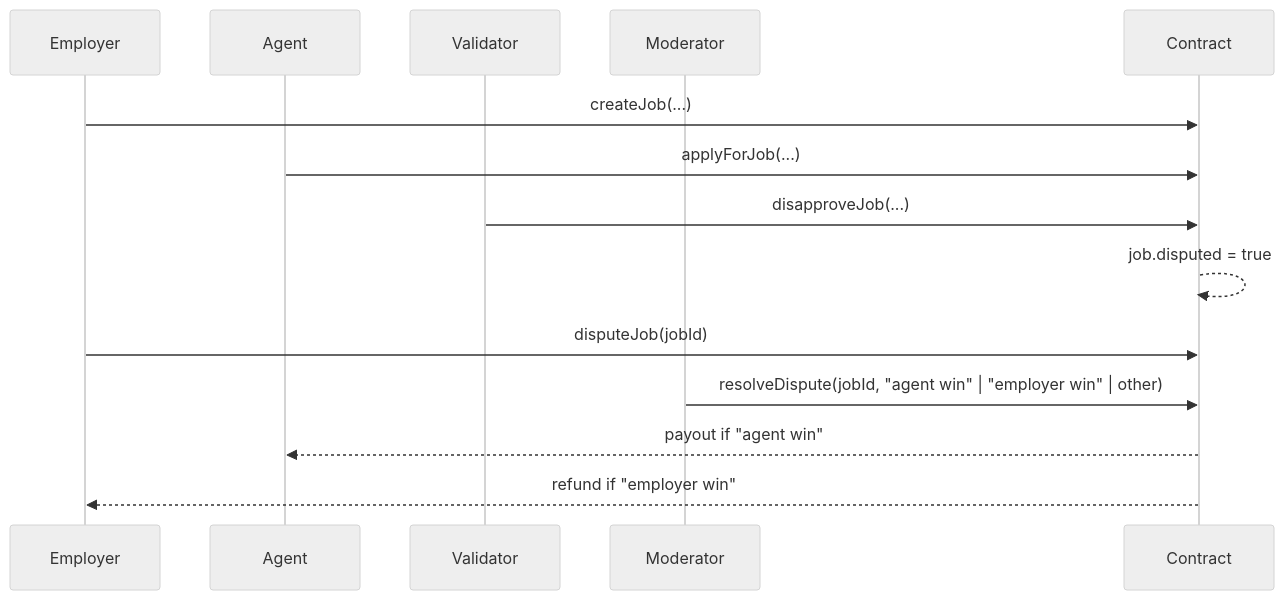
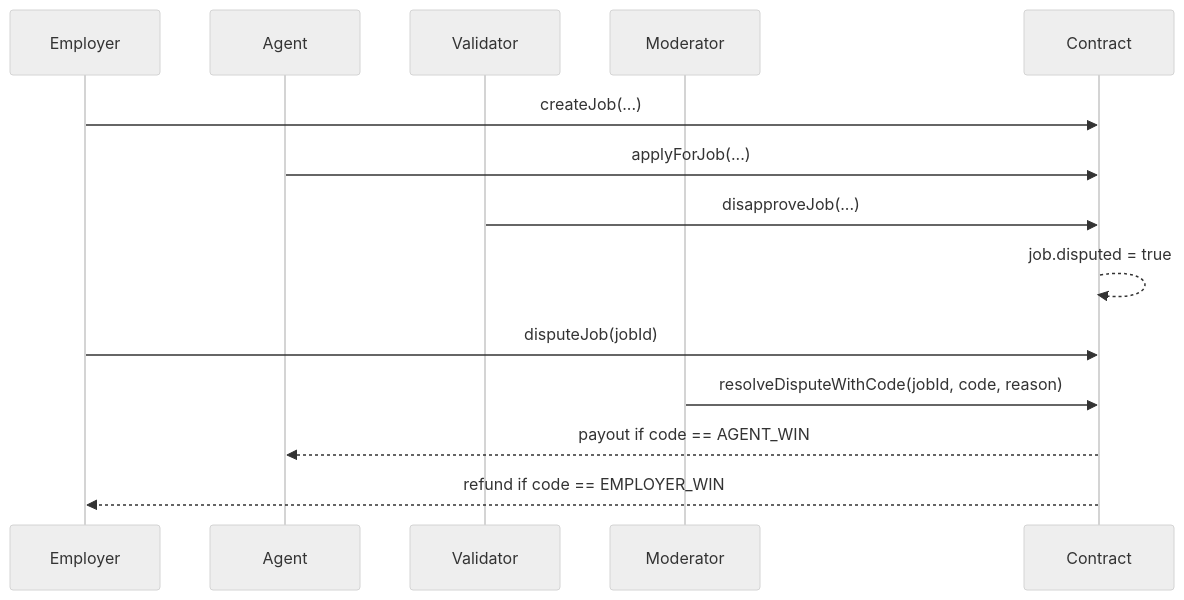
Before and after one commit to MontrealAI/AGIJobManager: the second of 2 diagrams in docs/USERS.md, drawn with Mermaid (neutral theme). The commit also changed other lines of this file and 35 other files, not shown here.

````diff
--- a/docs/USERS.md
+++ b/docs/USERS.md
@@ -44,17 +44,17 @@
 ```mermaid
 sequenceDiagram
   participant Employer
   participant Agent
   participant Validator
   participant Moderator
   participant Contract
 
   Employer->>Contract: createJob(...)
   Agent->>Contract: applyForJob(...)
   Validator->>Contract: disapproveJob(...)
   Contract-->>Contract: job.disputed = true
   Employer->>Contract: disputeJob(jobId)
-  Moderator->>Contract: resolveDispute(jobId, "agent win" | "employer win" | other)
-  Contract-->>Agent: payout if "agent win"
-  Contract-->>Employer: refund if "employer win"
+  Moderator->>Contract: resolveDisputeWithCode(jobId, code, reason)
+  Contract-->>Agent: payout if code == AGENT_WIN
+  Contract-->>Employer: refund if code == EMPLOYER_WIN
 ```
````
